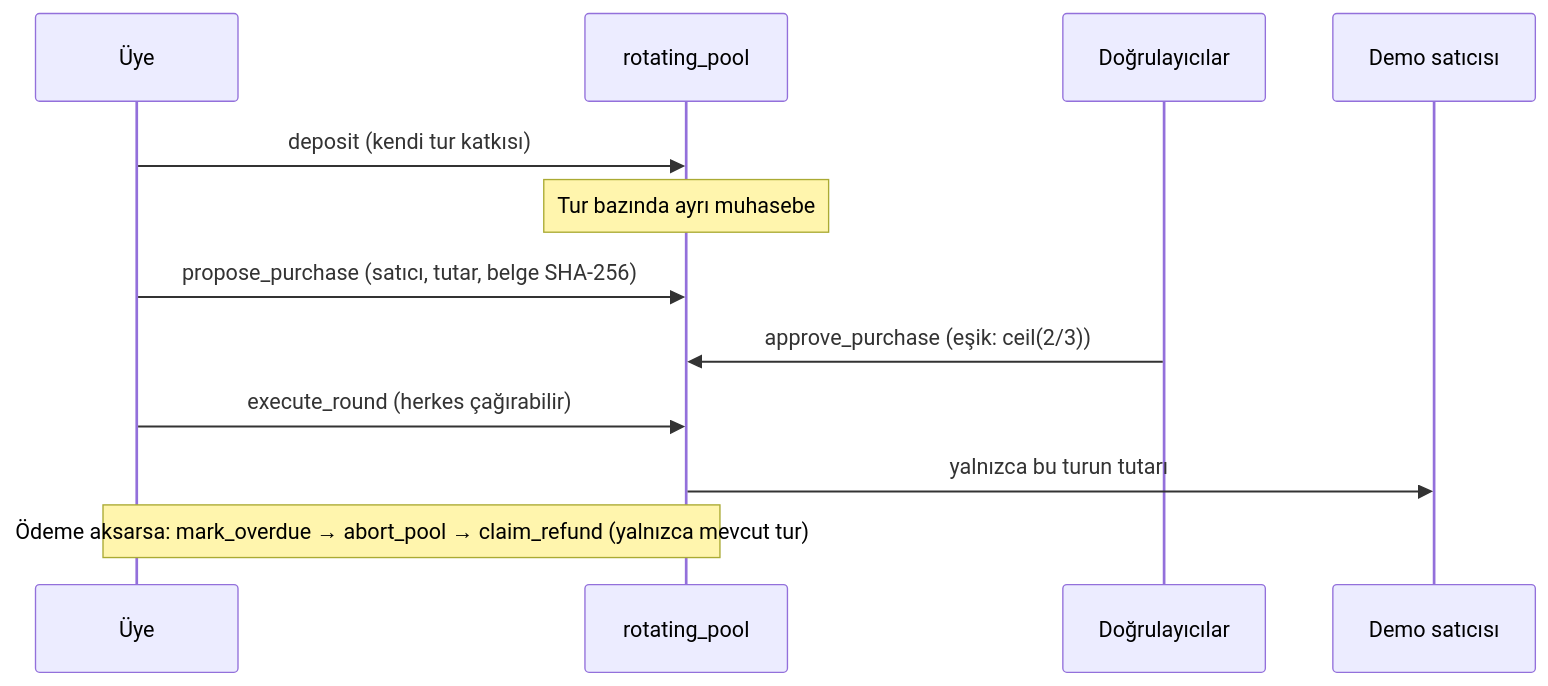
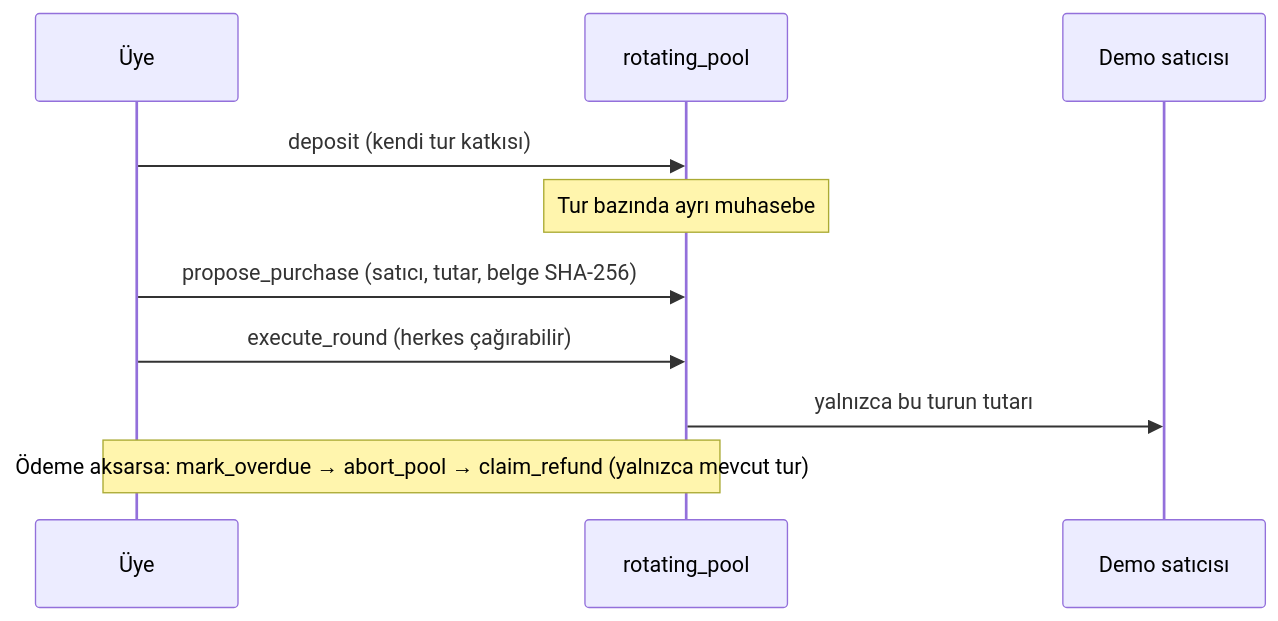
Before and after one commit to yusufarslan44/Stellerpool: the fourth of 5 diagrams in docs/architecture/architecture.md, drawn with Mermaid. The commit also changed other lines of this file and 56 other files, not shown here.

```diff
--- a/docs/architecture/architecture.md
+++ b/docs/architecture/architecture.md
@@ -82,14 +82,12 @@
 ~~~mermaid
 sequenceDiagram
   participant M as Üye
   participant C as rotating_pool
-  participant V as Doğrulayıcılar
   participant S as Demo satıcısı
   M->>C: deposit (kendi tur katkısı)
   Note over C: Tur bazında ayrı muhasebe
   M->>C: propose_purchase (satıcı, tutar, belge SHA-256)
-  V->>C: approve_purchase (eşik: ceil(2/3))
   M->>C: execute_round (herkes çağırabilir)
   C->>S: yalnızca bu turun tutarı
   Note over C,M: Ödeme aksarsa: mark_overdue → abort_pool → claim_refund (yalnızca mevcut tur)
 ~~~
```
